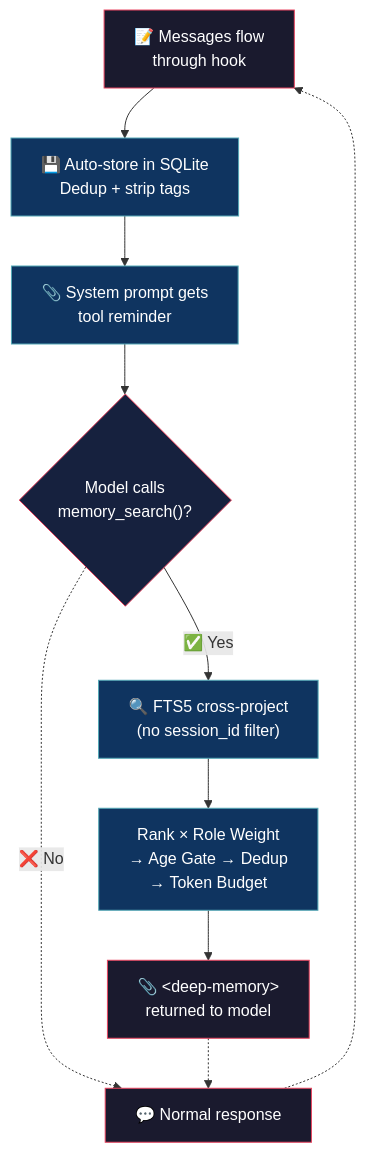
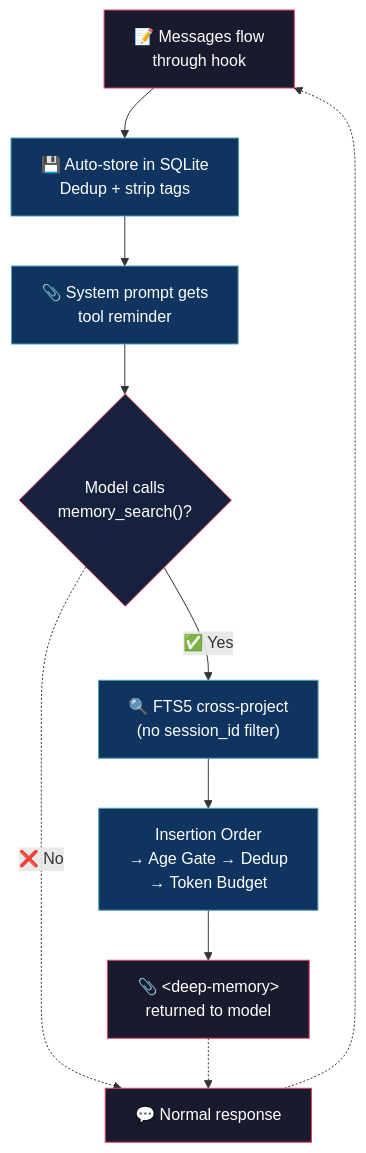
The diagram in README.md (alejo54dev/opencode-deep-memory), drawn with Mermaid before and after one commit. The commit also changed other lines of this file and 3 other files, not shown here.

````diff
--- a/README.md
+++ b/README.md
@@ -31,23 +31,23 @@
 ```mermaid
 flowchart TD
     A["📝 Messages flow<br/>through hook"]
     A --> B["💾 Auto-store in SQLite<br/>Dedup + strip tags"]
     B --> C["📎 System prompt gets<br/>tool reminder"]
 
     C --> D{"Model calls<br/>memory_search()?"}
     D -->|"✅ Yes"| E["🔍 FTS5 cross-project<br/>(no session_id filter)"]
-    E --> F["Rank × Role Weight<br/>→ Age Gate → Dedup<br/>→ Token Budget"]
+    E --> F["Insertion Order<br/>→ Age Gate → Dedup<br/>→ Token Budget"]
     F --> G["📎 &lt;deep-memory&gt;<br/>returned to model"]
     D -.->|"❌ No"| H["💬 Normal response"]
     G -.-> H
     H -.-> A
 
     style A fill:#1a1a2e,stroke:#e94560,color:#fff
     style B fill:#0f3460,stroke:#53a8b6,color:#fff
     style C fill:#0f3460,stroke:#53a8b6,color:#fff
     style D fill:#16213e,stroke:#e94560,color:#fff
     style E fill:#0f3460,stroke:#53a8b6,color:#fff
     style F fill:#0f3460,stroke:#53a8b6,color:#fff
     style G fill:#1a1a2e,stroke:#e94560,color:#fff
     style H fill:#1a1a2e,stroke:#e94560,color:#fff
 ```
````
